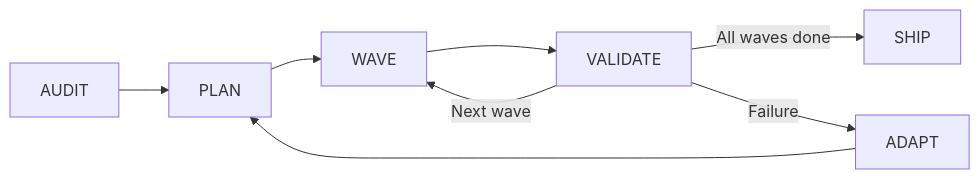
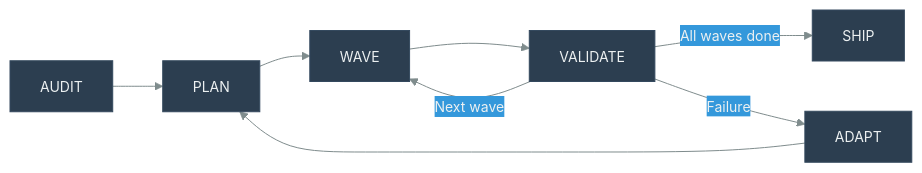
The first of 3 diagrams in handbook/ch13-the-execution-meta-process.qmd (danielmeppiel/agentic-sdlc-handbook), drawn with Mermaid before and after one commit. The commit also changed other lines of this file and 20 other files, not shown here.

First line of the commit message:
feat: add accessibility metadata and consistent theme to all 35 diagrams

````diff
--- a/handbook/ch13-the-execution-meta-process.qmd
+++ b/handbook/ch13-the-execution-meta-process.qmd
@@ -17,11 +17,15 @@
 ```{mermaid}
 %%| fig-width: 4.5
+%%| fig-cap: "The five execution phases with adaptation loop"
+%%| fig-alt: "Left-to-right flowchart showing five phases: Audit flows to Plan, Plan flows to Wave, Wave flows to Validate. From Validate, three paths branch: All waves done leads to Ship, Next wave loops back to Wave, and Failure leads to Adapt which loops back to Plan for replanning. This creates two feedback loops: a normal wave iteration loop and a failure adaptation loop."
+%%| label: fig-five-phases
+%%{init: {'theme': 'base', 'themeVariables': {'primaryColor': '#2c3e50', 'primaryTextColor': '#ecf0f1', 'primaryBorderColor': '#34495e', 'lineColor': '#7f8c8d', 'secondaryColor': '#3498db', 'tertiaryColor': '#ecf0f1', 'fontSize': '14px'}}}%%
 flowchart LR
     AUDIT["AUDIT"] --> PLAN["PLAN"]
     PLAN --> WAVE["WAVE"]
     WAVE --> VALIDATE["VALIDATE"]
     VALIDATE -->|All waves done| SHIP["SHIP"]
     VALIDATE -->|Next wave| WAVE
     VALIDATE -->|Failure| ADAPT["ADAPT"]
     ADAPT --> PLAN
 ```
````
